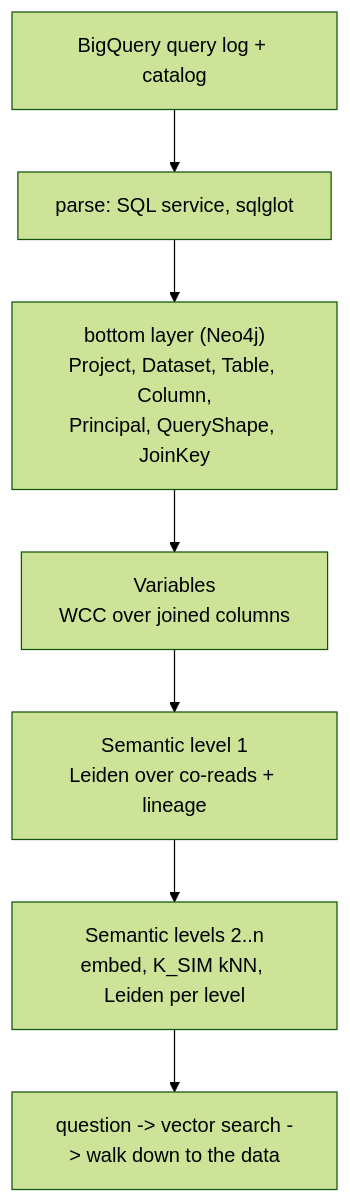
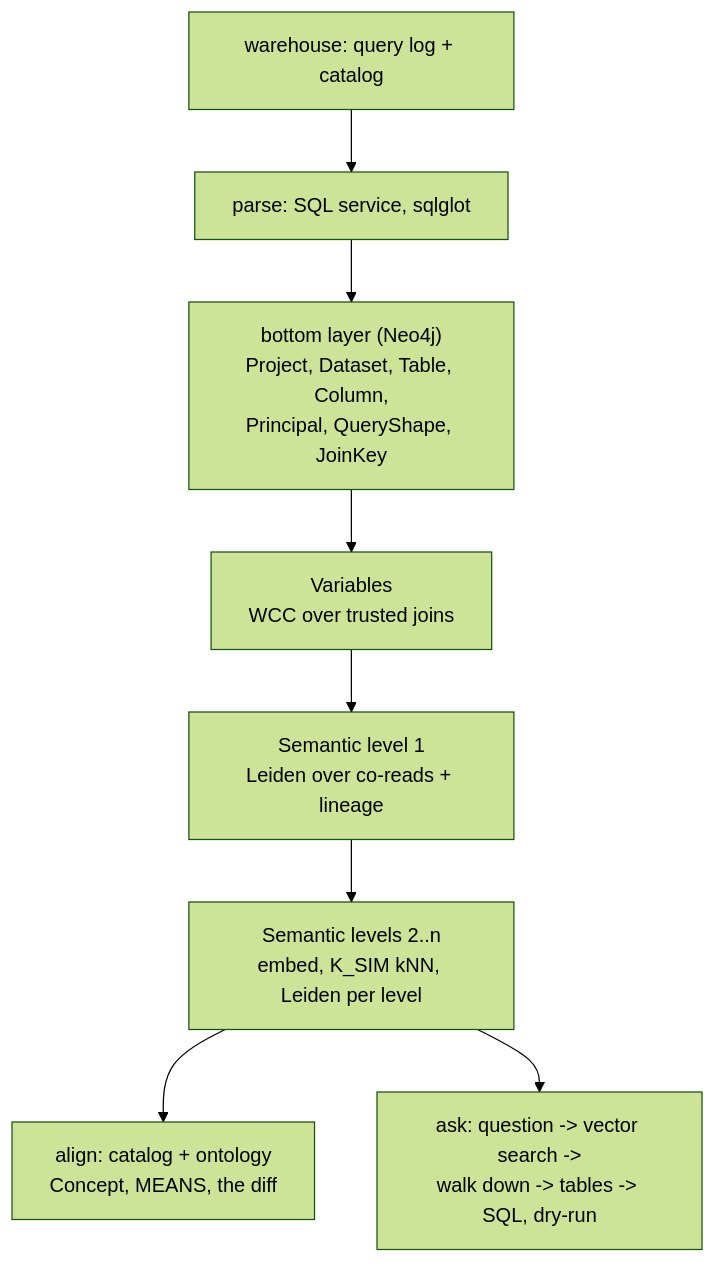
The diagram in README.md (jeffneo/semantic-context), drawn with Mermaid (forest theme) before and after one commit. The commit also changed other lines of this file and 440 other files, not shown here.

````diff
--- a/README.md
+++ b/README.md
@@ -20,9 +13,10 @@
 ```mermaid
 flowchart TD
-    L[BigQuery query log + catalog] --> P[parse: SQL service, sqlglot]
+    L[warehouse: query log + catalog] --> P[parse: SQL service, sqlglot]
     P --> B["bottom layer (Neo4j)<br/>Project, Dataset, Table, Column,<br/>Principal, QueryShape, JoinKey"]
-    B --> V["Variables<br/>WCC over joined columns"]
+    B --> V["Variables<br/>WCC over trusted joins"]
     V --> S1["Semantic level 1<br/>Leiden over co-reads + lineage"]
     S1 --> SH["Semantic levels 2..n<br/>embed, K_SIM kNN, Leiden per level"]
-    SH --> Q[question -> vector search -> walk down to the data]
+    SH --> A["align: catalog + ontology<br/>Concept, MEANS, the diff"]
+    SH --> Q["ask: question -> vector search -><br/>walk down -> tables -> SQL, dry-run"]
 ```
````
